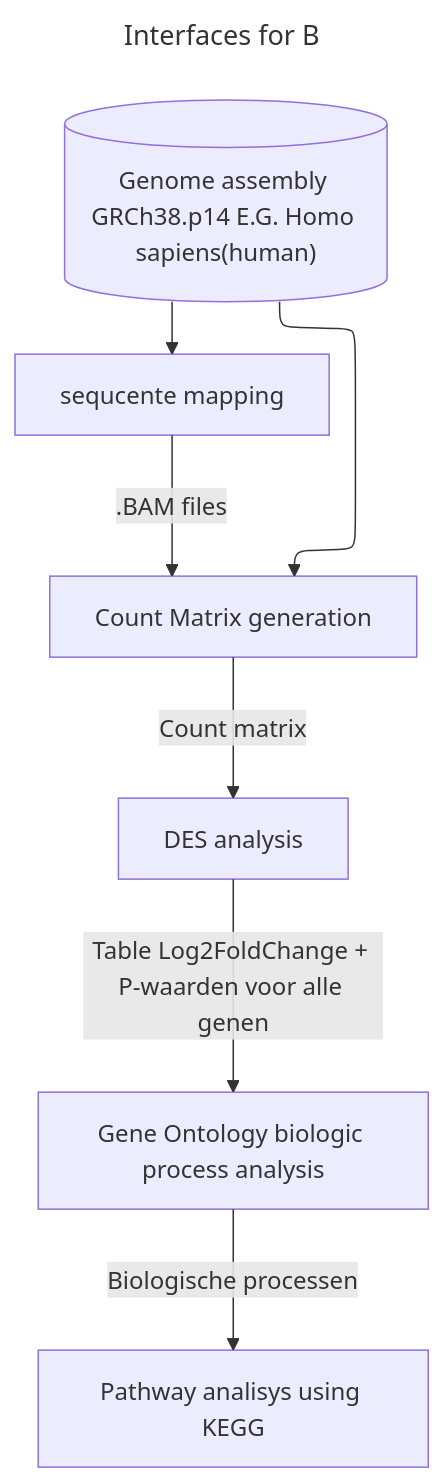
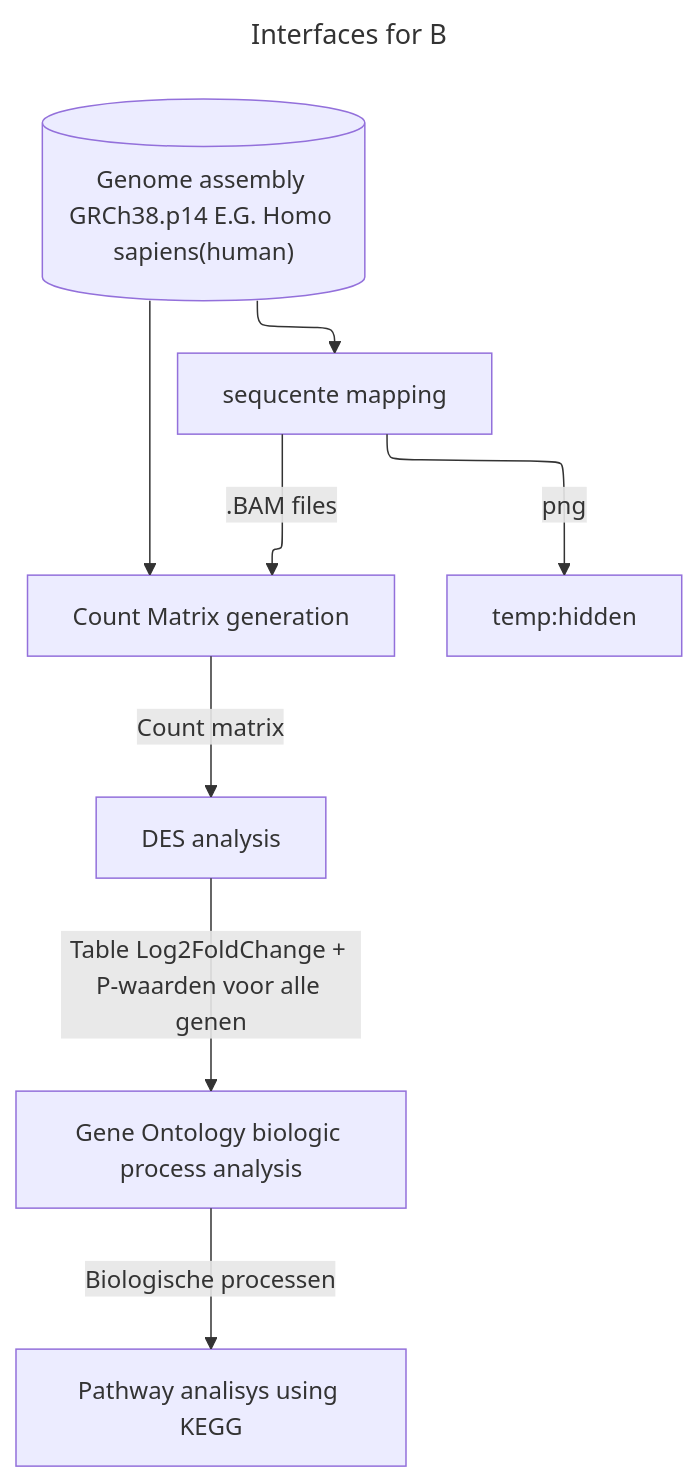
The diagram in README.md (Quantum-Coder826/J2P4casusTranscriptomics), drawn with Mermaid before and after one commit.

````diff
--- a/README.md
+++ b/README.md
@@ -38,29 +38,31 @@
 ```mermaid
 ---
 title: Interfaces for B
 ---
 %%{init: {'flowchart': {'defaultRenderer': 'elk'}}}%%
 
 flowchart-elk TD;
   
   HG38[("Genome assembly GRCh38.p14 E.G. Homo sapiens(human)")] 
-  HG38 --> seq_map
-  HG38 --> matrix
+  HG38 --> seq_map;
+  HG38 ----> matrix;
     
   seq_map[sequcente mapping] -->|".BAM files"| matrix;
+  seq_map -->|png|temp:hidden
+  
   matrix[Count Matrix generation] -->|"Count matrix"| data_ana;
   data_ana[DES analysis] -->|"Table Log2FoldChange + P-waarden voor alle genen"| GO_ana;
   GO_ana[Gene Ontology biologic process analysis] -->|"Biologische processen"| KEGG_ana;
   KEGG_ana[Pathway analisys using KEGG];
     
   click seq_map "https://github.com/Quantum-Coder826/J2P4casusTranscriptomics/blob/main/scripts/seq_mapping.R";
   click matrix "https://github.com/Quantum-Coder826/J2P4casusTranscriptomics/blob/main/scripts/count_matrix.R";
   click data_ana "https://github.com/Quantum-Coder826/J2P4casusTranscriptomics/blob/main/scripts/data_ana.R";
   click GO_ana "https://github.com/Quantum-Coder826/J2P4casusTranscriptomics/blob/main/scripts/GO_analysis.R";
   click KEGG_ana "https://github.com/Quantum-Coder826/J2P4casusTranscriptomics/blob/main/scripts/KEGG_analysis.R";
   
   click HG38 "https://www.ncbi.nlm.nih.gov/datasets/genome/GCF_000001405.40/";
   
   classDef hidden display: none;
 
 ```
````
